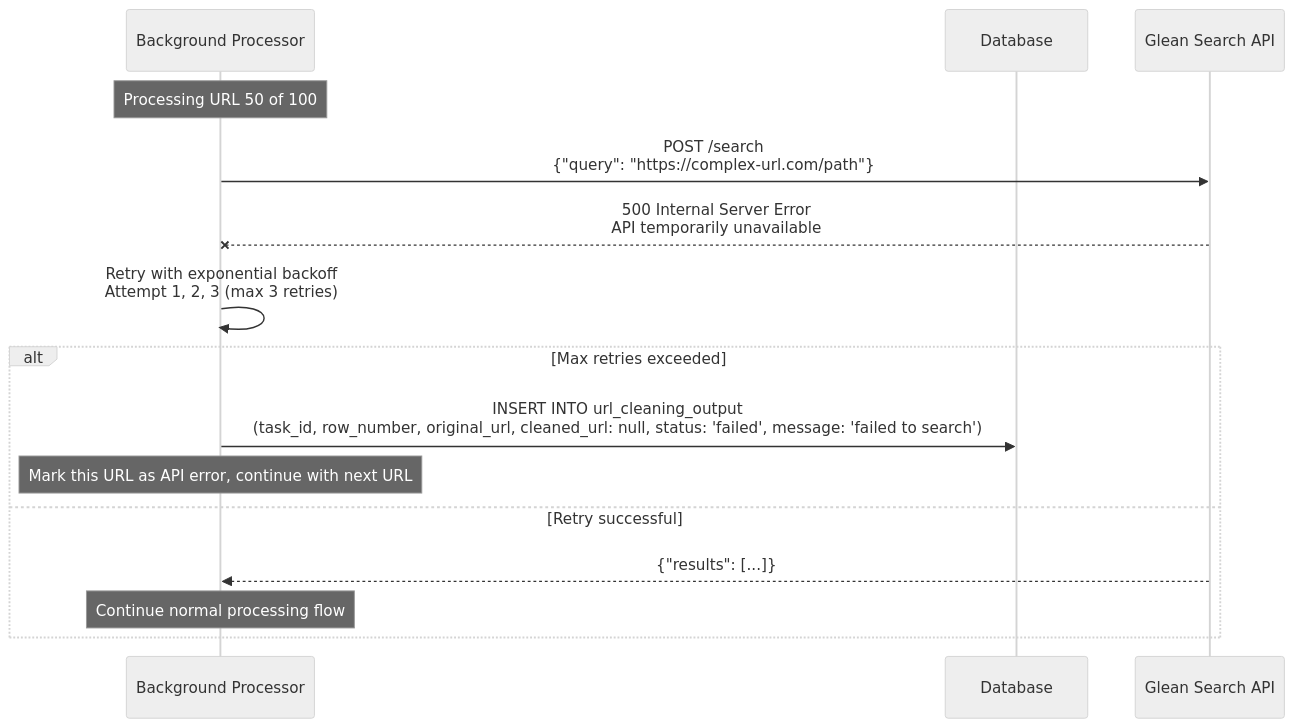
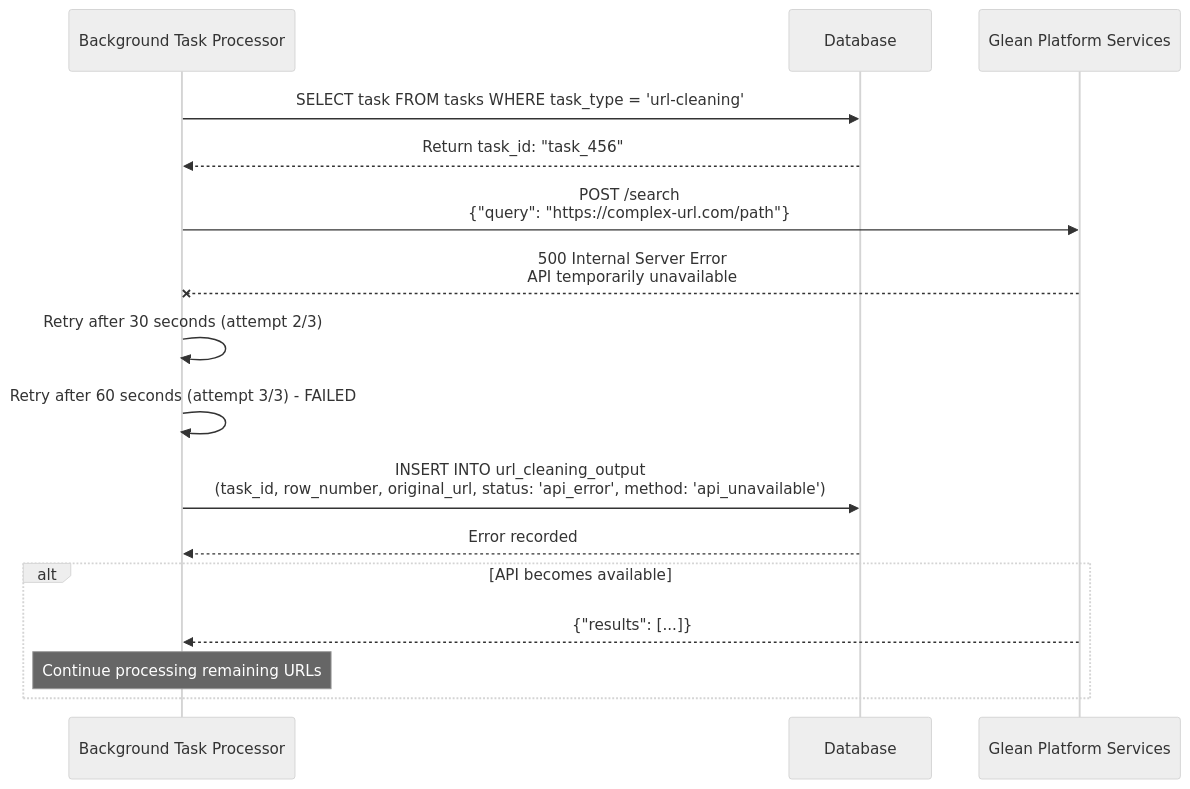
Before and after one commit to andrewhzy/cursor-learn: the second of 3 diagrams in docs/sequence-diagram-url-cleaning.md, drawn with Mermaid (neutral theme). The commit also changed other lines of this file and 5 other files, not shown here.

````diff
--- a/docs/sequence-diagram-url-cleaning.md
+++ b/docs/sequence-diagram-url-cleaning.md
@@ -72,21 +61,23 @@
 ```mermaid
 sequenceDiagram
-    participant BG as Background Processor
+    participant BG as Background Task Processor
     participant DB as Database
-    participant Glean as Glean Search API
+    participant Glean as Glean Platform Services
     
-    Note over BG: Processing URL 50 of 100
+    BG->>DB: SELECT task FROM tasks WHERE task_type = 'url-cleaning'
+    DB-->>BG: Return task_id: "task_456"
     
     BG->>Glean: POST /search<br/>{"query": "https://complex-url.com/path"}
     Glean--xBG: 500 Internal Server Error<br/>API temporarily unavailable
     
-    BG->>BG: Retry with exponential backoff<br/>Attempt 1, 2, 3 (max 3 retries)
+    BG->>BG: Retry after 30 seconds (attempt 2/3)
+    BG->>BG: Retry after 60 seconds (attempt 3/3) - FAILED
     
-    alt Max retries exceeded
-        BG->>DB: INSERT INTO url_cleaning_output<br/>(task_id, row_number, original_url, cleaned_url: null, status: 'failed', message: 'failed to search')
-        Note over BG: Mark this URL as API error, continue with next URL
-    else Retry successful
+    BG->>DB: INSERT INTO url_cleaning_output<br/>(task_id, row_number, original_url, status: 'api_error', method: 'api_unavailable')
+    DB-->>BG: Error recorded
+    
+    alt API becomes available
         Glean-->>BG: {"results": [...]}
-        Note over BG: Continue normal processing flow
+        Note over BG: Continue processing remaining URLs
     end
 ```
````
